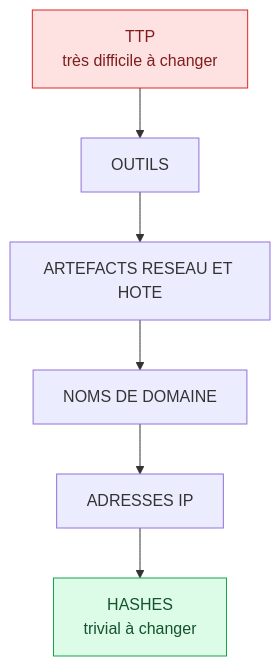
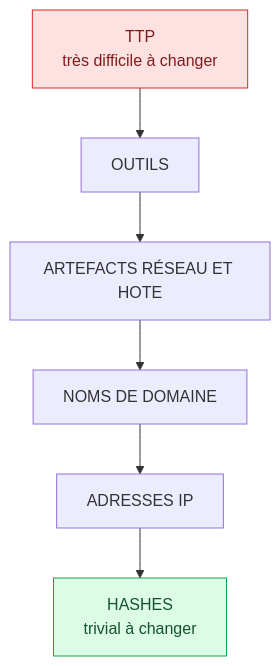
The second of 2 diagrams in courses/reseaux-cybersecurite/35_threat_intelligence.md (Gooseppr/GevOps_LC), drawn with Mermaid before and after one commit. The commit also changed 24 other files, not shown here.

````diff
--- a/courses/reseaux-cybersecurite/35_threat_intelligence.md
+++ b/courses/reseaux-cybersecurite/35_threat_intelligence.md
@@ -176,10 +176,10 @@
 ```mermaid
 flowchart TB
   T[TTP<br/>très difficile à changer] --> U[OUTILS]
-  U --> V[ARTEFACTS RESEAU ET HOTE]
+  U --> V[ARTEFACTS RÉSEAU ET HOTE]
   V --> W[NOMS DE DOMAINE]
   W --> X[ADRESSES IP]
   X --> Y[HASHES<br/>trivial à changer]
   style T fill:#fee2e2,stroke:#dc2626,color:#7f1d1d
   style Y fill:#dcfce7,stroke:#16a34a,color:#14532d
 ```
````
